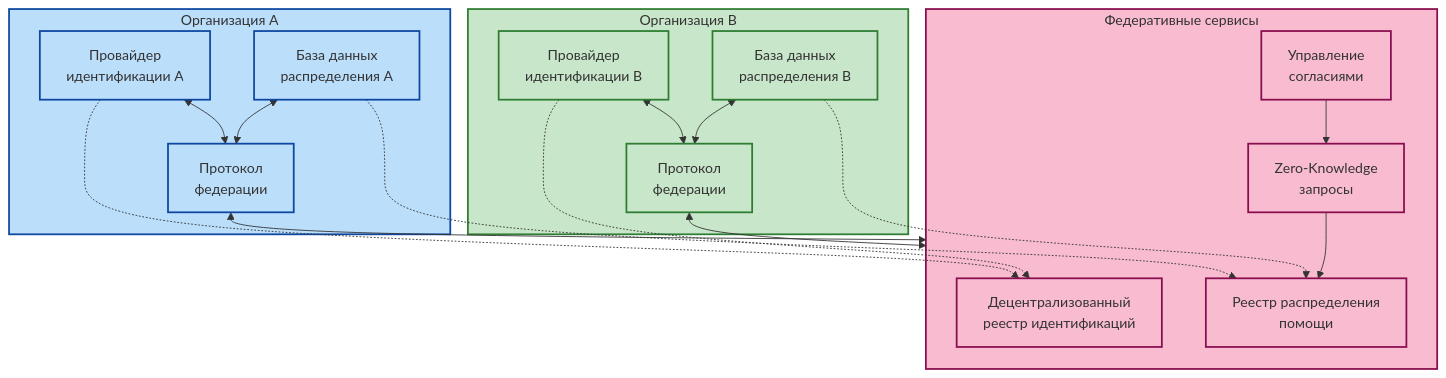
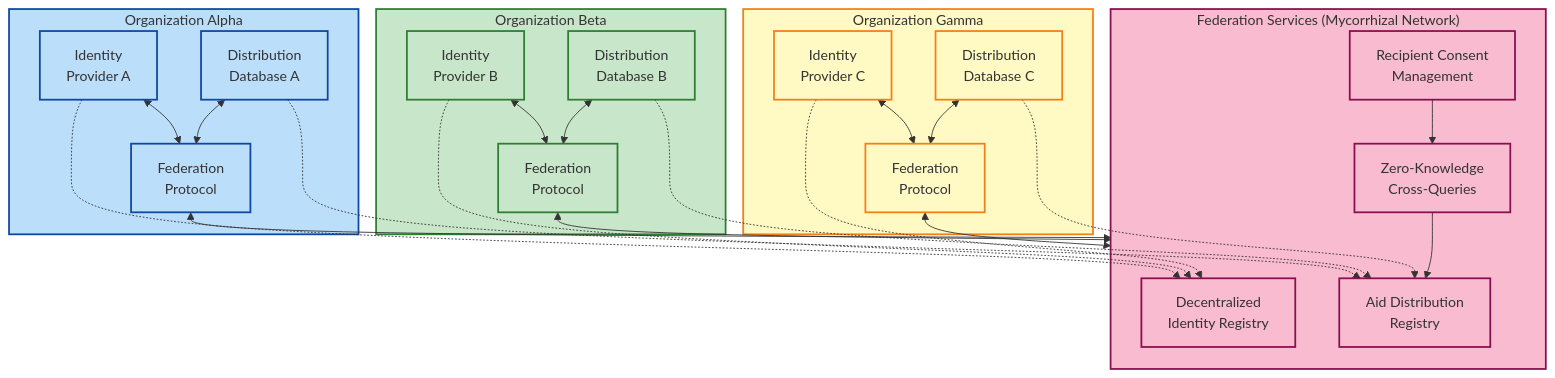
Before and after one commit to Ablikon/Endterm: the sixth of 7 diagrams in Endterm/6 task/MESA_Humanitarian_Aid_System.md, drawn with Mermaid. The commit also changed other lines of this file, not shown here.

````diff
--- a/Endterm/6 task/MESA_Humanitarian_Aid_System.md
+++ b/Endterm/6 task/MESA_Humanitarian_Aid_System.md
@@ -180,49 +343,62 @@
 ```mermaid
 flowchart TD
-    subgraph OrgA["Организация A"]
-        FPA["Протокол<br>федерации"]
-        IDPA["Провайдер<br>идентификации A"]
-        AidDBA["База данных<br>распределения A"]
+    subgraph OrgA["Organization Alpha"]
+        FPA["Federation<br>Protocol"]
+        IDPA["Identity<br>Provider A"]
+        AidDBA["Distribution<br>Database A"]
     end
     
-    subgraph OrgB["Организация B"]
-        FPB["Протокол<br>федерации"]
-        IDPB["Провайдер<br>идентификации B"]
-        AidDBB["База данных<br>распределения B"]
+    subgraph OrgB["Organization Beta"]
+        FPB["Federation<br>Protocol"]
+        IDPB["Identity<br>Provider B"]
+        AidDBB["Distribution<br>Database B"]
     end
     
-    subgraph FederationLayer["Федеративные сервисы"]
-        IDRegistry["Децентрализованный<br>реестр идентификаций"]
-        AidRegistry["Реестр распределения<br>помощи"]
-        ConsentManager["Управление<br>согласиями"]
-        ZKQueries["Zero-Knowledge<br>запросы"]
+    subgraph OrgC["Organization Gamma"]
+        FPC["Federation<br>Protocol"]
+        IDPC["Identity<br>Provider C"]
+        AidDBC["Distribution<br>Database C"]
+    end
+    
+    subgraph FederationLayer["Federation Services (Mycorrhizal Network)"]
+        IDRegistry["Decentralized<br>Identity Registry"]
+        AidRegistry["Aid Distribution<br>Registry"]
+        ConsentManager["Recipient Consent<br>Management"]
+        ZKQueries["Zero-Knowledge<br>Cross-Queries"]
     end
     
     %% Connections
     FPA <--> FederationLayer
     FPB <--> FederationLayer
+    FPC <--> FederationLayer
     
     IDPA <--> FPA
     IDPB <--> FPB
+    IDPC <--> FPC
     
     AidDBA <--> FPA
     AidDBB <--> FPB
+    AidDBC <--> FPC
     
     %% Specific connections
     IDPA -.-> IDRegistry
     IDPB -.-> IDRegistry
+    IDPC -.-> IDRegistry
     
     AidDBA -.-> AidRegistry
     AidDBB -.-> AidRegistry
+    AidDBC -.-> AidRegistry
     
     ConsentManager --> ZKQueries
     ZKQueries --> AidRegistry
     
     classDef orgA fill:#bbdefb,stroke:#0d47a1,stroke-width:2px
     classDef orgB fill:#c8e6c9,stroke:#2e7d32,stroke-width:2px
+    classDef orgC fill:#fff9c4,stroke:#f57f17,stroke-width:2px
     classDef federation fill:#f8bbd0,stroke:#880e4f,stroke-width:2px
     
     class OrgA,FPA,IDPA,AidDBA orgA
     class OrgB,FPB,IDPB,AidDBB orgB
+    class OrgC,FPC,IDPC,AidDBC orgC
     class FederationLayer,IDRegistry,AidRegistry,ConsentManager,ZKQueries federation
 ```
````
